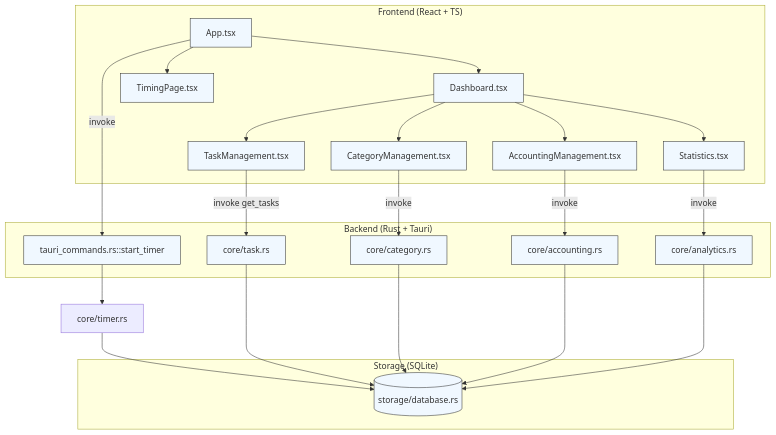
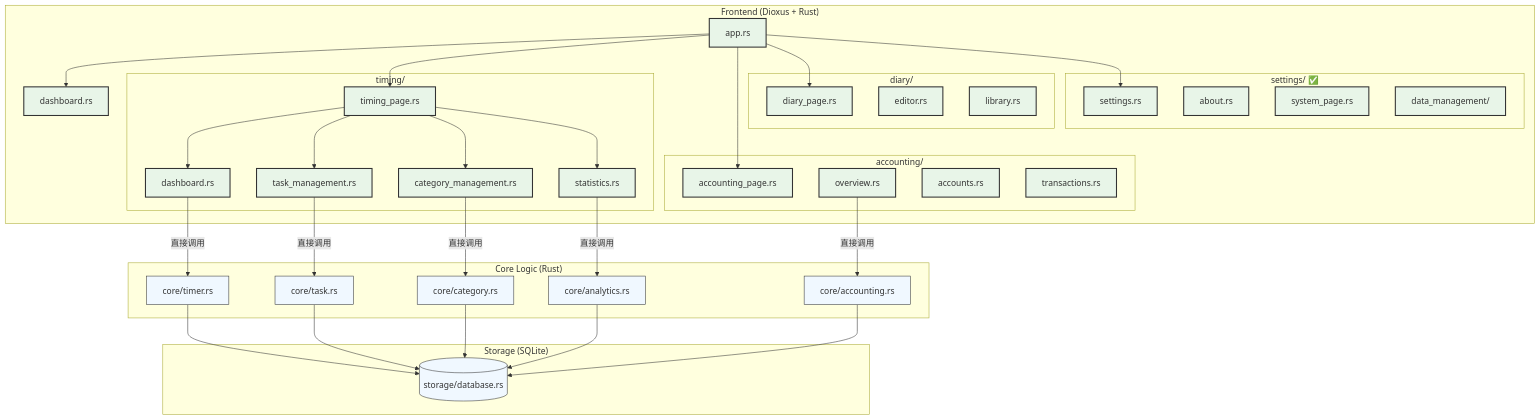
The first of 2 diagrams in STRUCTURE.md (jk278/lifetracker-dioxus), drawn with Mermaid before and after one commit. The commit also changed other lines of this file and 76 other files, not shown here.

First line of the commit message:
refactor: 迁移项目从 Tauri 到 Dioxus

````diff
--- a/STRUCTURE.md
+++ b/STRUCTURE.md
@@ -27,40 +28,62 @@
 ```mermaid
 graph TD
   classDef box fill:#f0f8ff,stroke:#333,stroke-width:1px;
-  subgraph "Frontend (React + TS)"
-    App["App.tsx"]:::box
-    Dashboard["Dashboard.tsx"]:::box
-    TimingPage["TimingPage.tsx"]:::box
-    TaskManagement["TaskManagement.tsx"]:::box
-    CategoryManagement["CategoryManagement.tsx"]:::box
-    AccountingManagement["AccountingManagement.tsx"]:::box
-    Statistics["Statistics.tsx"]:::box
+  classDef dioxus fill:#e8f5e8,stroke:#333,stroke-width:2px;
+  subgraph "Frontend (Dioxus + Rust)"
+    App["app.rs"]:::dioxus
+    Dashboard["dashboard.rs"]:::dioxus
+    subgraph "timing/"
+      TimingPage["timing_page.rs"]:::dioxus
+      TimingDashboard["dashboard.rs"]:::dioxus  
+      TaskManagement["task_management.rs"]:::dioxus
+      CategoryManagement["category_management.rs"]:::dioxus
+      Statistics["statistics.rs"]:::dioxus
+    end
+    subgraph "accounting/"
+      AccountingPage["accounting_page.rs"]:::dioxus
+      Overview["overview.rs"]:::dioxus
+      Accounts["accounts.rs"]:::dioxus
+      Transactions["transactions.rs"]:::dioxus
+    end
+    subgraph "diary/"
+      DiaryPage["diary_page.rs"]:::dioxus
+      Editor["editor.rs"]:::dioxus
+      Library["library.rs"]:::dioxus
+    end
+    subgraph "settings/ ✅"
+      SettingsPage["settings.rs"]:::dioxus
+      About["about.rs"]:::dioxus
+      SystemPage["system_page.rs"]:::dioxus
+      DataManagement["data_management/"]:::dioxus
+    end
     App --> Dashboard
     App --> TimingPage
-    Dashboard --> TaskManagement
-    Dashboard --> CategoryManagement
-    Dashboard --> AccountingManagement
-    Dashboard --> Statistics
+    App --> AccountingPage
+    App --> DiaryPage
+    App --> SettingsPage
+    TimingPage --> TimingDashboard
+    TimingPage --> TaskManagement
+    TimingPage --> CategoryManagement
+    TimingPage --> Statistics
   end
-  subgraph "Backend (Rust + Tauri)"
-    TimerCmd["tauri_commands.rs::start_timer"]:::box
+  subgraph "Core Logic (Rust)"
     TaskCore["core/task.rs"]:::box
     CategoryCore["core/category.rs"]:::box
     AccountingCore["core/accounting.rs"]:::box
     AnalyticsCore["core/analytics.rs"]:::box
+    TimerCore["core/timer.rs"]:::box
   end
   subgraph "Storage (SQLite)"
     DB[("storage/database.rs")]:::box
   end
-  App -->|"invoke"| TimerCmd
-  TaskManagement -->|"invoke get_tasks"| TaskCore
-  CategoryManagement -->|"invoke"| CategoryCore
-  AccountingManagement -->|"invoke"| AccountingCore
-  Statistics -->|"invoke"| AnalyticsCore
-  TimerCmd --> TimerCore["core/timer.rs"]
+  TaskManagement -->|"直接调用"| TaskCore
+  CategoryManagement -->|"直接调用"| CategoryCore
+  Overview -->|"直接调用"| AccountingCore
+  Statistics -->|"直接调用"| AnalyticsCore
+  TimingDashboard -->|"直接调用"| TimerCore
   TimerCore --> DB
   TaskCore --> DB
   CategoryCore --> DB
   AccountingCore --> DB
   AnalyticsCore --> DB
 ```
````
